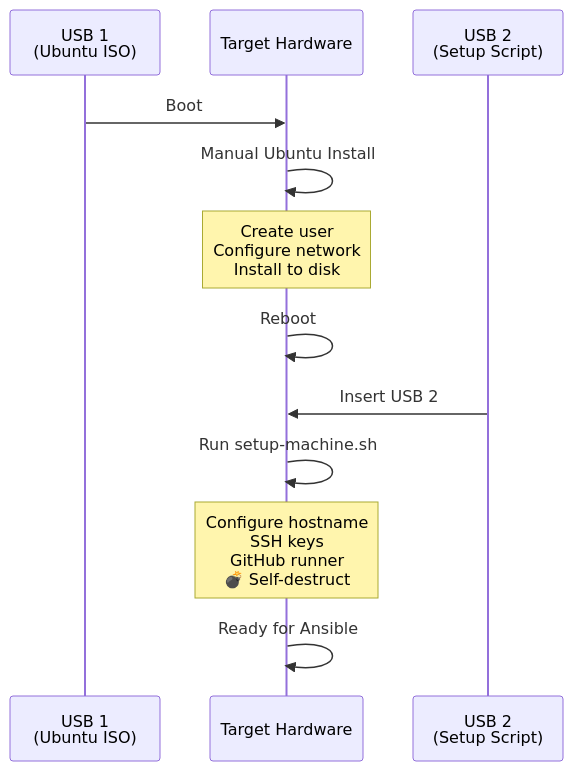
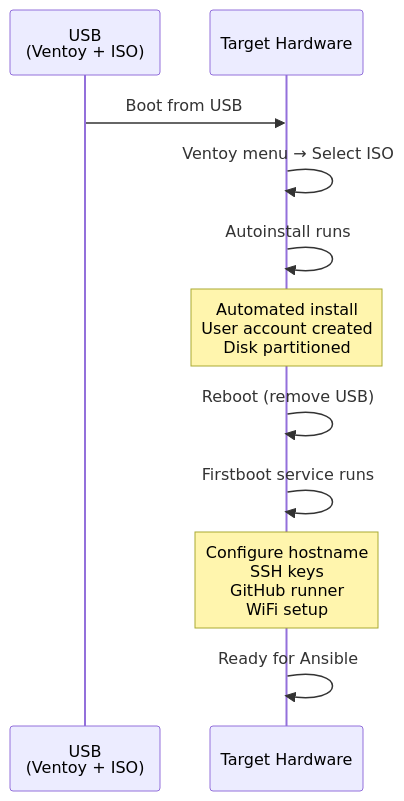
Before and after one commit to johantre/homelab-infra: the second of 6 diagrams in DISASTER_RECOVERY.md, drawn with Mermaid. The commit also changed other lines of this file and 4 other files, not shown here.

````diff
--- a/DISASTER_RECOVERY.md
+++ b/DISASTER_RECOVERY.md
@@ -130,15 +129,14 @@
 ```mermaid
 sequenceDiagram
-    participant USB1 as USB 1<br/>(Ubuntu ISO)
+    participant USB as USB<br/>(Ventoy + ISO)
     participant Target as Target Hardware
-    participant USB2 as USB 2<br/>(Setup Script)
-    
-    USB1->>Target: Boot
-    Target->>Target: Manual Ubuntu Install
-    Note over Target: Create user<br/>Configure network<br/>Install to disk
-    Target->>Target: Reboot
-    USB2->>Target: Insert USB 2
-    Target->>Target: Run setup-machine.sh
-    Note over Target: Configure hostname<br/>SSH keys<br/>GitHub runner<br/>💣 Self-destruct
+
+    USB->>Target: Boot from USB
+    Target->>Target: Ventoy menu → Select ISO
+    Target->>Target: Autoinstall runs
+    Note over Target: Automated install<br/>User account created<br/>Disk partitioned
+    Target->>Target: Reboot (remove USB)
+    Target->>Target: Firstboot service runs
+    Note over Target: Configure hostname<br/>SSH keys<br/>GitHub runner<br/>WiFi setup
     Target->>Target: Ready for Ansible
 ```
````
